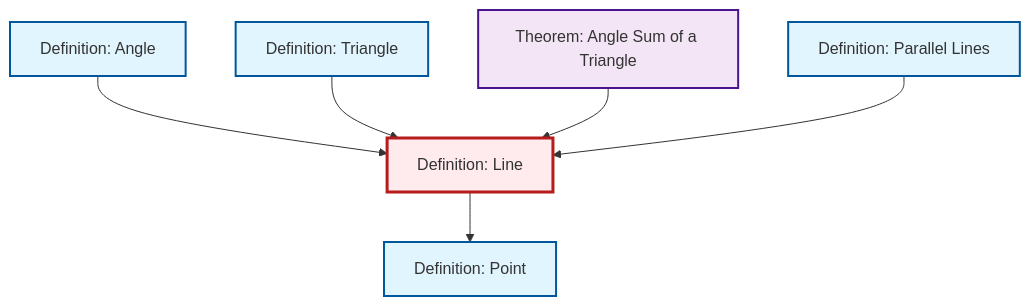
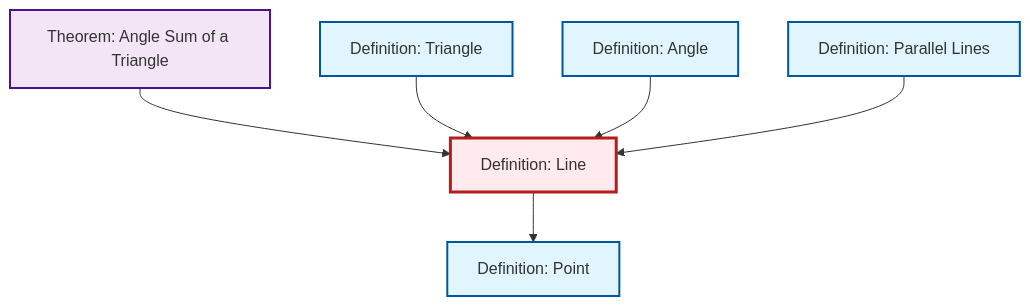
Before and after one commit to RK0429/ModernMath: the diagram in content/ja/geometry/def-line.qmd, drawn with Mermaid. The commit also changed other lines of this file and 417 other files, not shown here.

````diff
--- a/content/ja/geometry/def-line.qmd
+++ b/content/ja/geometry/def-line.qmd
@@ -46,26 +46,26 @@
 ```{mermaid}
 %%| fig-cap: "Local dependency graph"
 graph TD
     classDef definition fill:#e1f5fe,stroke:#01579b,stroke-width:2px
     classDef theorem fill:#f3e5f5,stroke:#4a148c,stroke-width:2px
     classDef axiom fill:#fff3e0,stroke:#e65100,stroke-width:2px
     classDef example fill:#e8f5e9,stroke:#1b5e20,stroke-width:2px
     classDef current fill:#ffebee,stroke:#b71c1c,stroke-width:3px
-    thm-angle-sum-triangle["Theorem: Angle Sum of a Triangle"]:::theorem
     def-parallel["Definition: Parallel Lines"]:::definition
     def-point["Definition: Point"]:::definition
+    thm-angle-sum-triangle["Theorem: Angle Sum of a Triangle"]:::theorem
     def-triangle["Definition: Triangle"]:::definition
+    def-angle["Definition: Angle"]:::definition
     def-line["Definition: Line"]:::definition
-    def-angle["Definition: Angle"]:::definition
+    thm-angle-sum-triangle --> def-line
+    def-triangle --> def-line
+    def-line --> def-point
     def-angle --> def-line
-    def-triangle --> def-line
-    thm-angle-sum-triangle --> def-line
     def-parallel --> def-line
-    def-line --> def-point
     class def-line current
-    click thm-angle-sum-triangle "thm-angle-sum-triangle.html" "Theorem: Angle Sum of a Triangleへ"
     click def-parallel "def-parallel.html" "Definition: Parallel Linesへ"
     click def-point "def-point.html" "Definition: Pointへ"
+    click thm-angle-sum-triangle "thm-angle-sum-triangle.html" "Theorem: Angle Sum of a Triangleへ"
     click def-triangle "def-triangle.html" "Definition: Triangleへ"
     click def-angle "def-angle.html" "Definition: Angleへ"
 ```
````
